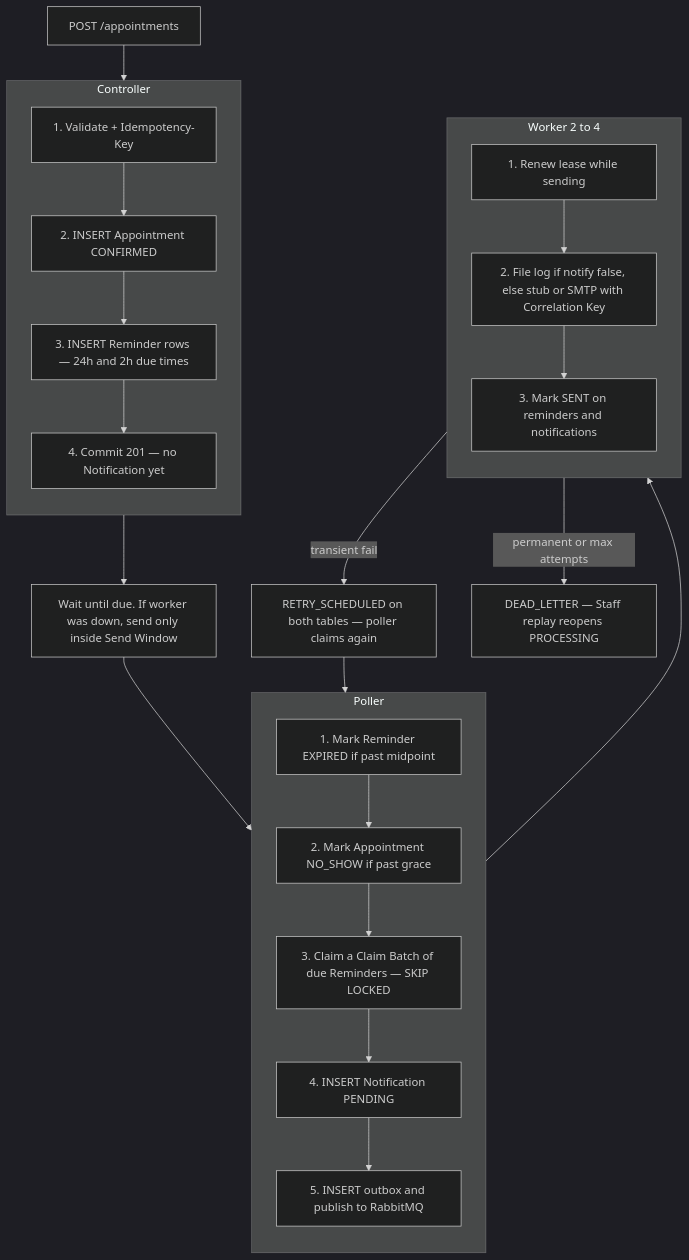
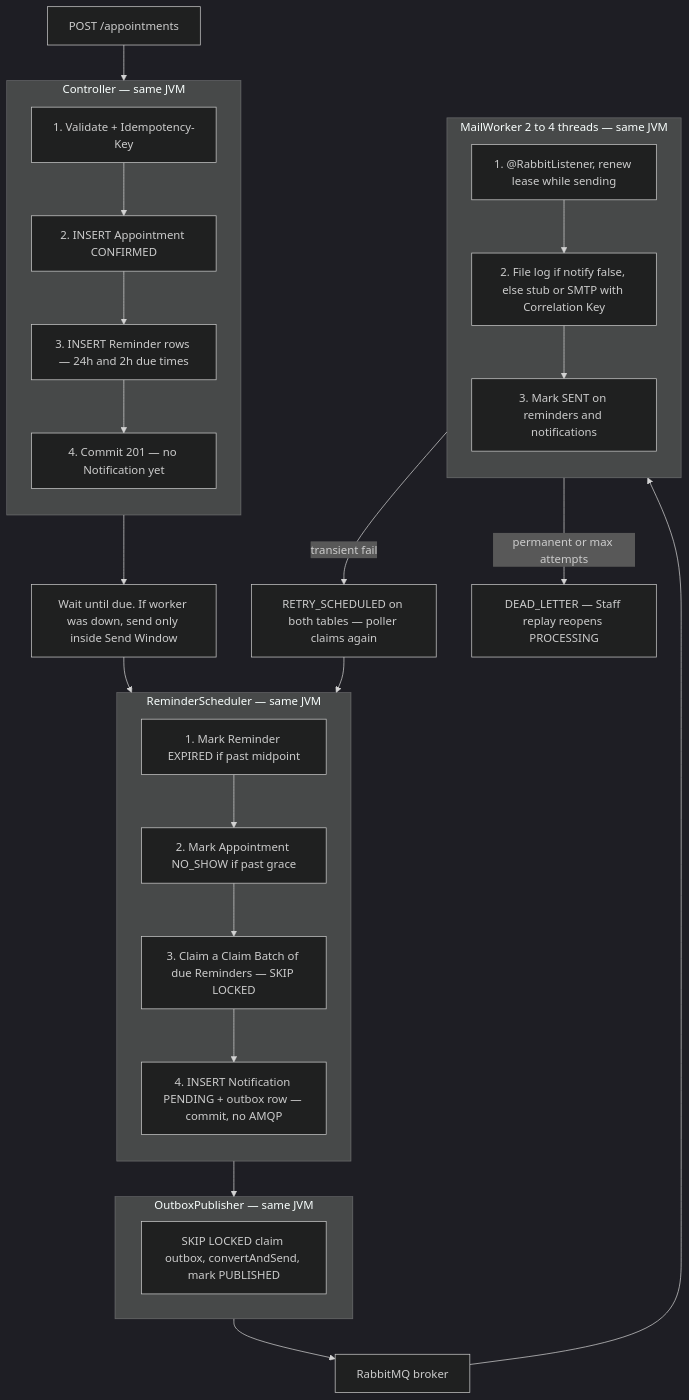
One commit to GreatNerve/Dealership-Backend changed the second of 5 diagrams in docs/architecture.md. Above: the diagram before and after it, drawn with Mermaid (dark theme). The commit also changed other lines of this file and 29 other files, not shown here.

````diff
--- a/docs/architecture.md
+++ b/docs/architecture.md
@@ -9,40 +43,45 @@
 ```mermaid
 flowchart TB
   Client["POST /appointments"]
 
-  subgraph controller [Controller]
+  subgraph controller [Controller — same JVM]
     direction TB
     A1["1. Validate + Idempotency-Key"]
     A2["2. INSERT Appointment CONFIRMED"]
     A3["3. INSERT Reminder rows — 24h and 2h due times"]
     A4["4. Commit 201 — no Notification yet"]
     A1 --> A2 --> A3 --> A4
   end
 
   Wait["Wait until due. If worker was down, send only inside Send Window"]
 
-  subgraph poller [Poller]
+  subgraph reminderPoller [ReminderScheduler — same JVM]
     direction TB
     P1["1. Mark Reminder EXPIRED if past midpoint"]
     P2["2. Mark Appointment NO_SHOW if past grace"]
     P3["3. Claim a Claim Batch of due Reminders — SKIP LOCKED"]
-    P4["4. INSERT Notification PENDING"]
-    P5["5. INSERT outbox and publish to RabbitMQ"]
-    P1 --> P2 --> P3 --> P4 --> P5
+    P4["4. INSERT Notification PENDING + outbox row — commit, no AMQP"]
+    P1 --> P2 --> P3 --> P4
   end
 
-  subgraph worker [Worker 2 to 4]
+  subgraph publisher [OutboxPublisher — same JVM]
+    O1["SKIP LOCKED claim outbox, convertAndSend, mark PUBLISHED"]
+  end
+
+  RMQ[RabbitMQ broker]
+
+  subgraph worker [MailWorker 2 to 4 threads — same JVM]
     direction TB
-    W1["1. Renew lease while sending"]
+    W1["1. @RabbitListener, renew lease while sending"]
     W2["2. File log if notify false, else stub or SMTP with Correlation Key"]
     W3["3. Mark SENT on reminders and notifications"]
     W1 --> W2 --> W3
   end
 
   Retry["RETRY_SCHEDULED on both tables — poller claims again"]
   Dead["DEAD_LETTER — Staff replay reopens PROCESSING"]
 
-  Client --> controller --> Wait --> poller --> worker
-  worker -->|transient fail| Retry --> poller
+  Client --> controller --> Wait --> reminderPoller --> publisher --> RMQ --> worker
+  worker -->|transient fail| Retry --> reminderPoller
   worker -->|permanent or max attempts| Dead
 ```
````
